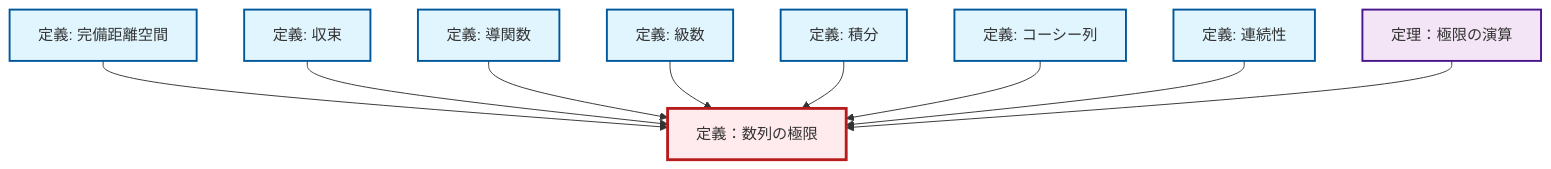
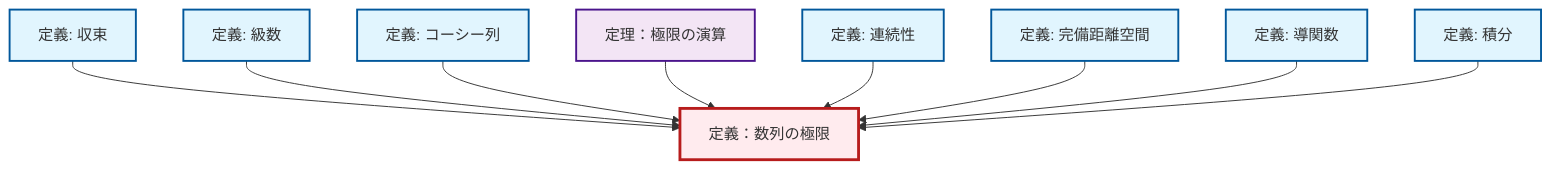
One commit to RK0429/ModernMath changed the diagram in content/ja/analysis/def-limit.qmd. Above: the diagram before and after it, drawn with Mermaid. The commit also changed other lines of this file and 328 other files, not shown here.

````diff
--- a/content/ja/analysis/def-limit.qmd
+++ b/content/ja/analysis/def-limit.qmd
@@ -49,35 +49,35 @@
 ```{mermaid}
 %%| fig-cap: "ローカル依存関係グラフ"
 graph TD
     classDef definition fill:#e1f5fe,stroke:#01579b,stroke-width:2px
     classDef theorem fill:#f3e5f5,stroke:#4a148c,stroke-width:2px
     classDef axiom fill:#fff3e0,stroke:#e65100,stroke-width:2px
     classDef example fill:#e8f5e9,stroke:#1b5e20,stroke-width:2px
     classDef current fill:#ffebee,stroke:#b71c1c,stroke-width:3px
+    def-derivative["定義: 導関数"]:::definition
+    thm-limit-arithmetic["定理：極限の演算"]:::theorem
+    def-limit["定義：数列の極限"]:::definition
+    def-integral["定義: 積分"]:::definition
+    def-complete-metric-space["定義: 完備距離空間"]:::definition
+    def-convergence["定義: 収束"]:::definition
+    def-series["定義: 級数"]:::definition
     def-cauchy-sequence["定義: コーシー列"]:::definition
-    def-limit["定義：数列の極限"]:::definition
-    def-derivative["定義: 導関数"]:::definition
-    def-convergence["定義: 収束"]:::definition
-    def-complete-metric-space["定義: 完備距離空間"]:::definition
-    def-series["定義: 級数"]:::definition
-    thm-limit-arithmetic["定理：極限の演算"]:::theorem
-    def-integral["定義: 積分"]:::definition
     def-continuity["定義: 連続性"]:::definition
+    def-convergence --> def-limit
+    def-series --> def-limit
+    def-cauchy-sequence --> def-limit
+    thm-limit-arithmetic --> def-limit
+    def-continuity --> def-limit
     def-complete-metric-space --> def-limit
-    def-convergence --> def-limit
     def-derivative --> def-limit
-    def-series --> def-limit
     def-integral --> def-limit
-    def-cauchy-sequence --> def-limit
-    def-continuity --> def-limit
-    thm-limit-arithmetic --> def-limit
     class def-limit current
-    click def-cauchy-sequence "def-cauchy-sequence.html" "コーシー列の定義へ"
     click def-derivative "def-derivative.html" "導関数の定義へ"
-    click def-convergence "def-convergence.html" "収束の定義へ"
-    click def-complete-metric-space "def-complete-metric-space.html" "完備距離空間の定義へ"
-    click def-series "def-series.html" "級数の定義へ"
     click thm-limit-arithmetic "thm-limit-arithmetic.html" "定理：極限の演算へ"
     click def-integral "def-integral.html" "積分の定義へ"
+    click def-complete-metric-space "def-complete-metric-space.html" "完備距離空間の定義へ"
+    click def-convergence "def-convergence.html" "収束の定義へ"
+    click def-series "def-series.html" "級数の定義へ"
+    click def-cauchy-sequence "def-cauchy-sequence.html" "コーシー列の定義へ"
     click def-continuity "def-continuity.html" "連続性の定義へ"
 ```
````
